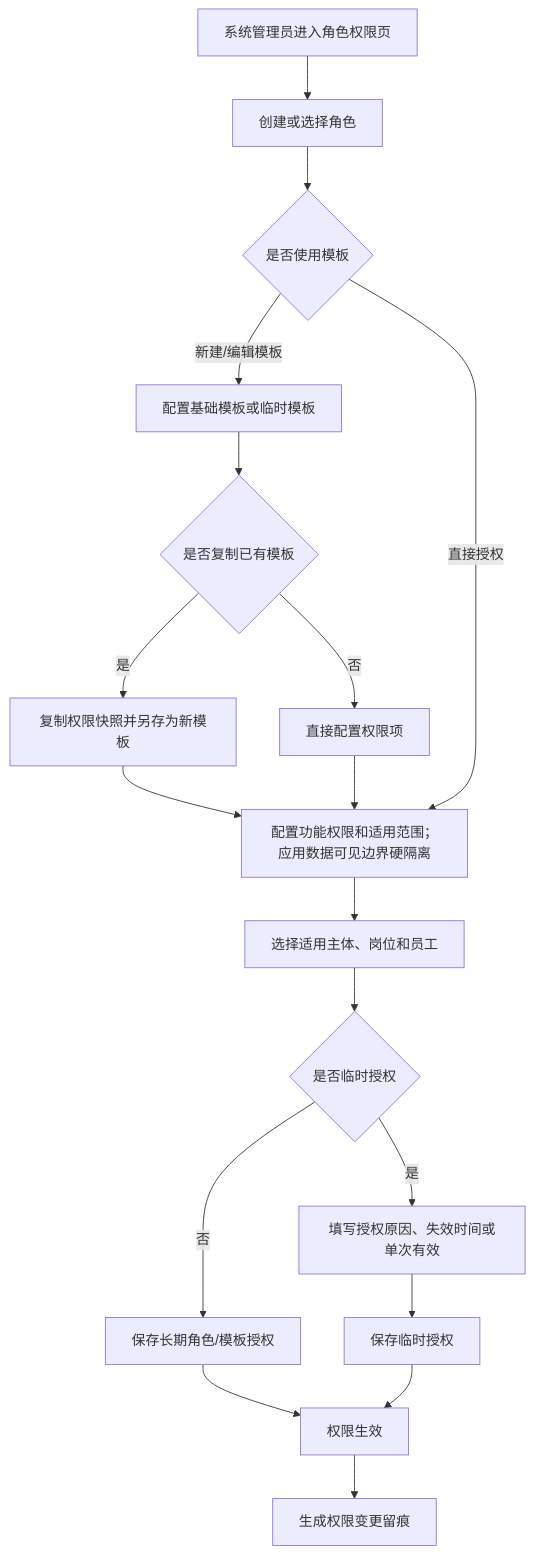
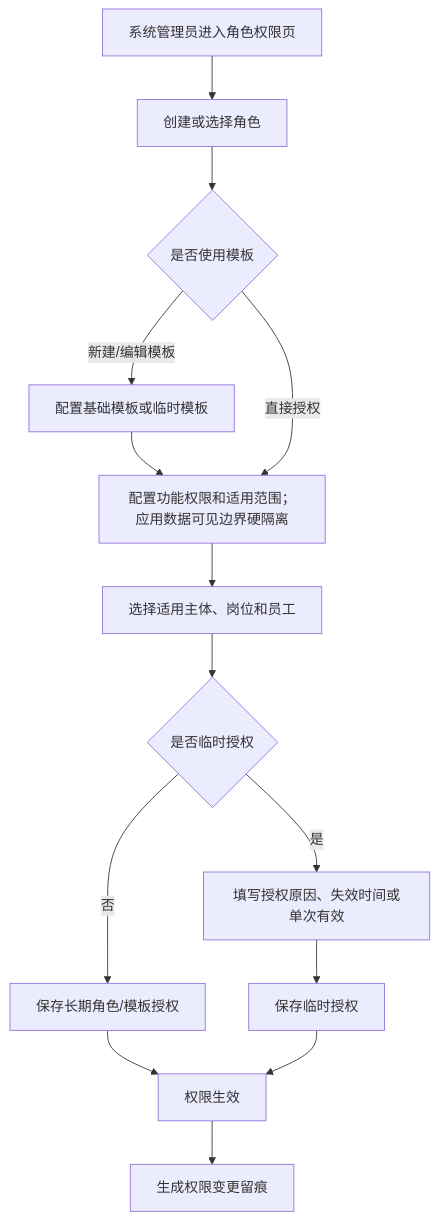
Diagram 11 of 14 in docs/platform-governance-product-spec-v0.2.md (jxh1979/mall), drawn with Mermaid before and after one commit. The commit also changed other lines of this file and 6 other files, not shown here.

````diff
--- a/docs/platform-governance-product-spec-v0.2.md
+++ b/docs/platform-governance-product-spec-v0.2.md
@@ -1947,20 +1962,16 @@
 ```mermaid
 flowchart TD
     A["系统管理员进入角色权限页"] --> B["创建或选择角色"]
     B --> C{"是否使用模板"}
     C -- "新建/编辑模板" --> D["配置基础模板或临时模板"]
-    D --> E{"是否复制已有模板"}
-    E -- "是" --> F["复制权限快照并另存为新模板"]
-    E -- "否" --> G["直接配置权限项"]
-    F --> H["配置功能权限和适用范围；应用数据可见边界硬隔离"]
-    G --> H
+    D --> H["配置功能权限和适用范围；应用数据可见边界硬隔离"]
     C -- "直接授权" --> H
     H --> I["选择适用主体、岗位和员工"]
     I --> J{"是否临时授权"}
     J -- "否" --> K["保存长期角色/模板授权"]
     J -- "是" --> L["填写授权原因、失效时间或单次有效"]
     L --> M["保存临时授权"]
     K --> N["权限生效"]
     M --> N
     N --> O["生成权限变更留痕"]
 ```
````
